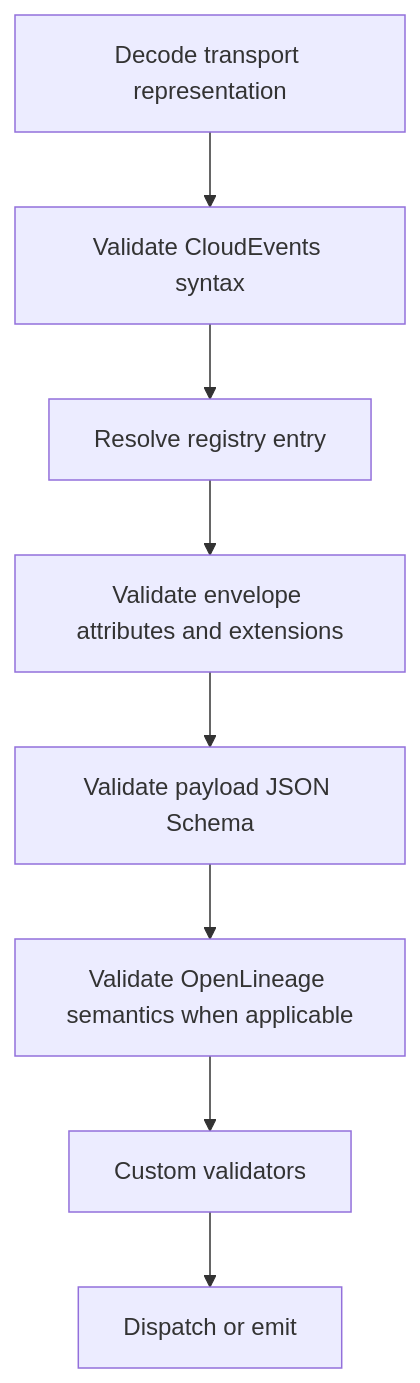
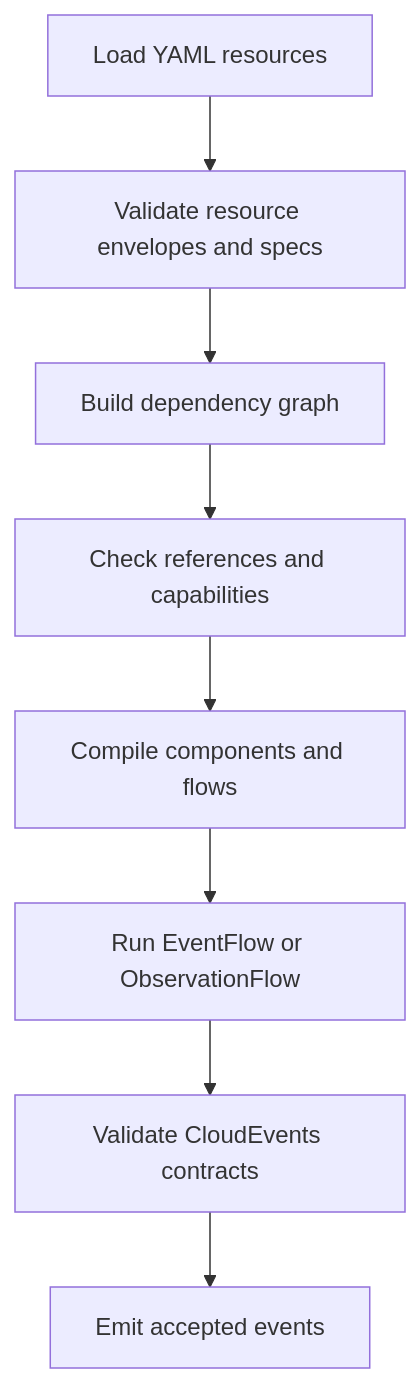
Before and after one commit to rezarajan/eventflow: the second of 2 diagrams in docs/architecture.md, drawn with Mermaid. The commit also changed other lines of this file and 24 other files, not shown here.

````diff
--- a/docs/architecture.md
+++ b/docs/architecture.md
@@ -22,10 +22,10 @@
 ```mermaid
 flowchart TD
-  A[Decode transport representation] --> B[Validate CloudEvents syntax]
-  B --> C[Resolve registry entry]
-  C --> D[Validate envelope attributes and extensions]
-  D --> E[Validate payload JSON Schema]
-  E --> F[Validate OpenLineage semantics when applicable]
-  F --> G[Custom validators]
-  G --> H[Dispatch or emit]
+  A[Load YAML resources] --> B[Validate resource envelopes and specs]
+  B --> C[Build dependency graph]
+  C --> D[Check references and capabilities]
+  D --> E[Compile components and flows]
+  E --> F[Run EventFlow or ObservationFlow]
+  F --> G[Validate CloudEvents contracts]
+  G --> H[Emit accepted events]
 ```
````
